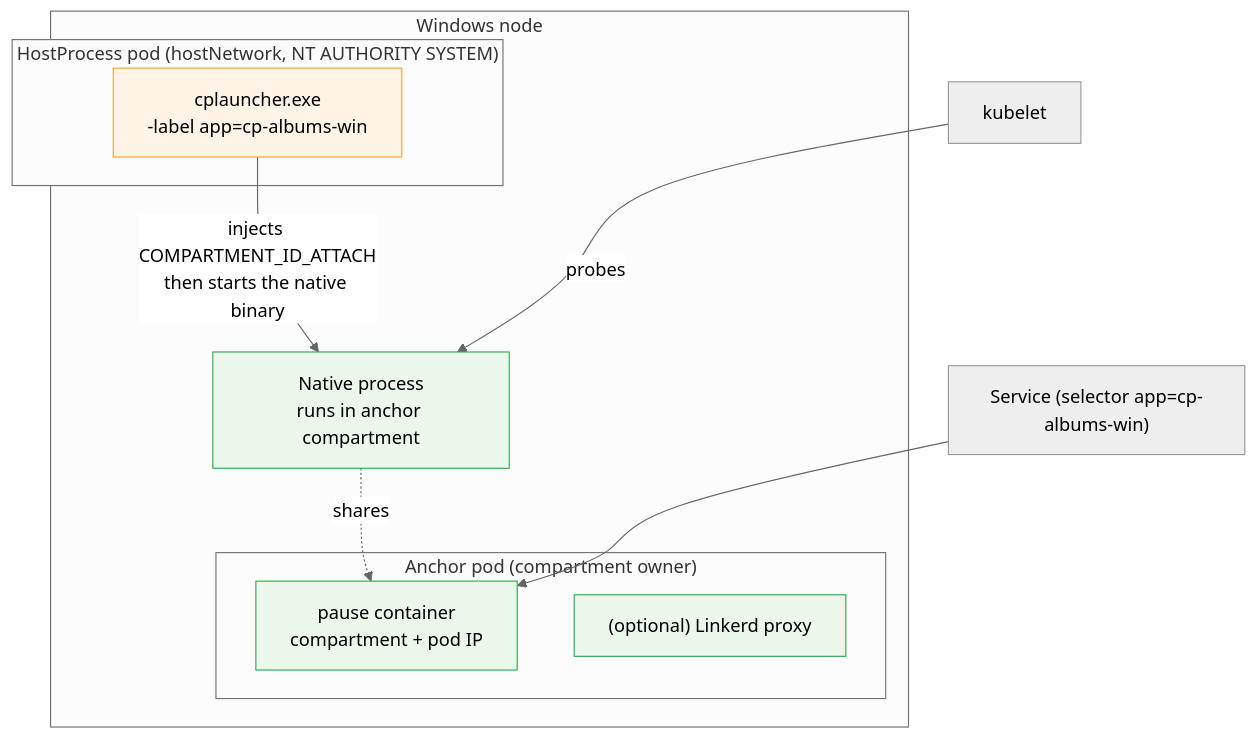
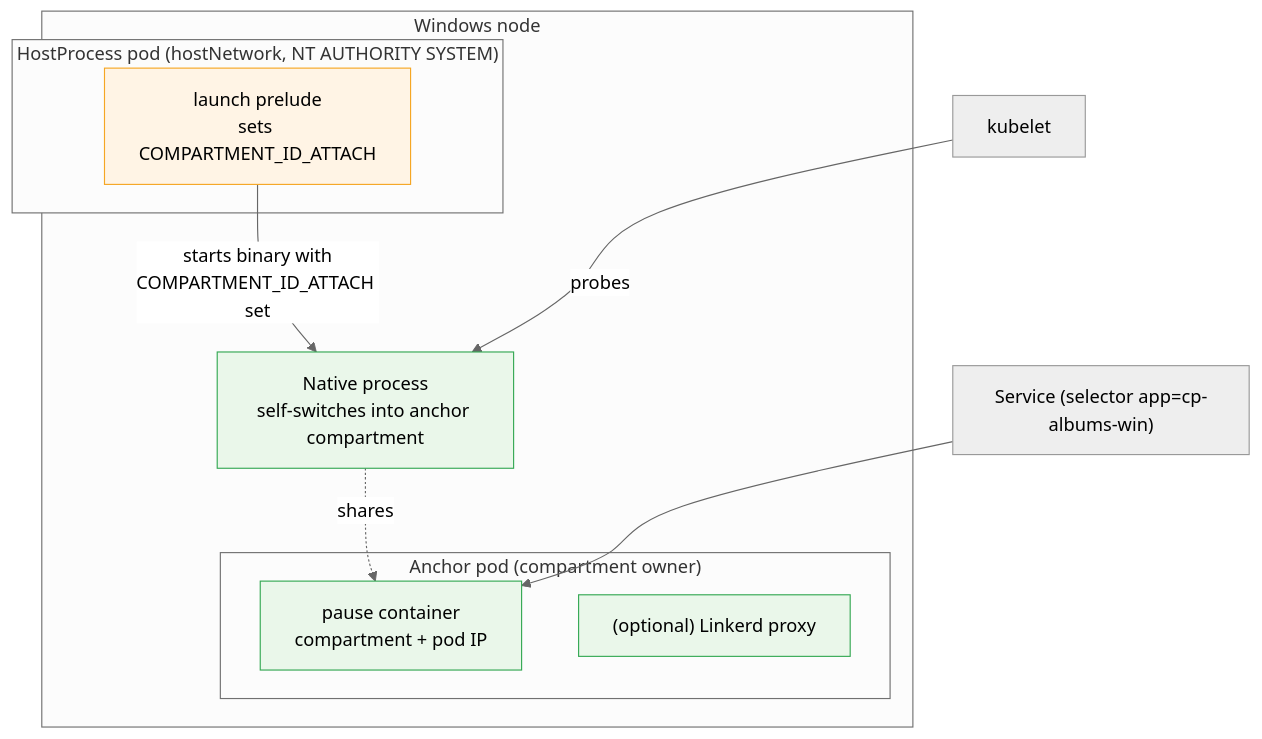
One commit to Siemens-Healthineers/K2s changed the third of 8 diagrams in docs/op-manual/integrating-native-processes.md. Above: the diagram before and after it, drawn with Mermaid (neutral theme). The commit also changed other lines of this file and 5 other files, not shown here.

````diff
--- a/docs/op-manual/integrating-native-processes.md
+++ b/docs/op-manual/integrating-native-processes.md
@@ -157,20 +161,20 @@
 ```mermaid
 flowchart TB
     subgraph NODE["Windows node"]
         subgraph HP["HostProcess pod (hostNetwork, NT AUTHORITY SYSTEM)"]
-            CPL["cplauncher.exe<br/>-label app=cp-albums-win"]
+            LAUNCH["launch prelude<br/>sets COMPARTMENT_ID_ATTACH"]
         end
         subgraph ANCHOR["Anchor pod (compartment owner)"]
             PAUSE["pause container<br/>compartment + pod IP"]
             PROXY["(optional) Linkerd proxy"]
         end
-        CPL -->|"injects COMPARTMENT_ID_ATTACH<br/>then starts the native binary"| APP["Native process<br/>runs in anchor compartment"]
+        LAUNCH -->|"starts binary with<br/>COMPARTMENT_ID_ATTACH set"| APP["Native process<br/>self-switches into anchor compartment"]
         APP -. shares .-> PAUSE
     end
     SVC["Service (selector app=cp-albums-win)"] --> PAUSE
     KUBELET["kubelet"] -->|probes| APP
     classDef anc fill:#eaf7ea,stroke:#34a853,color:#000;
     classDef hp fill:#fff4e5,stroke:#f5a623,color:#000;
     class PAUSE,PROXY,APP anc;
-    class CPL hp;
+    class LAUNCH hp;
 ```
````
